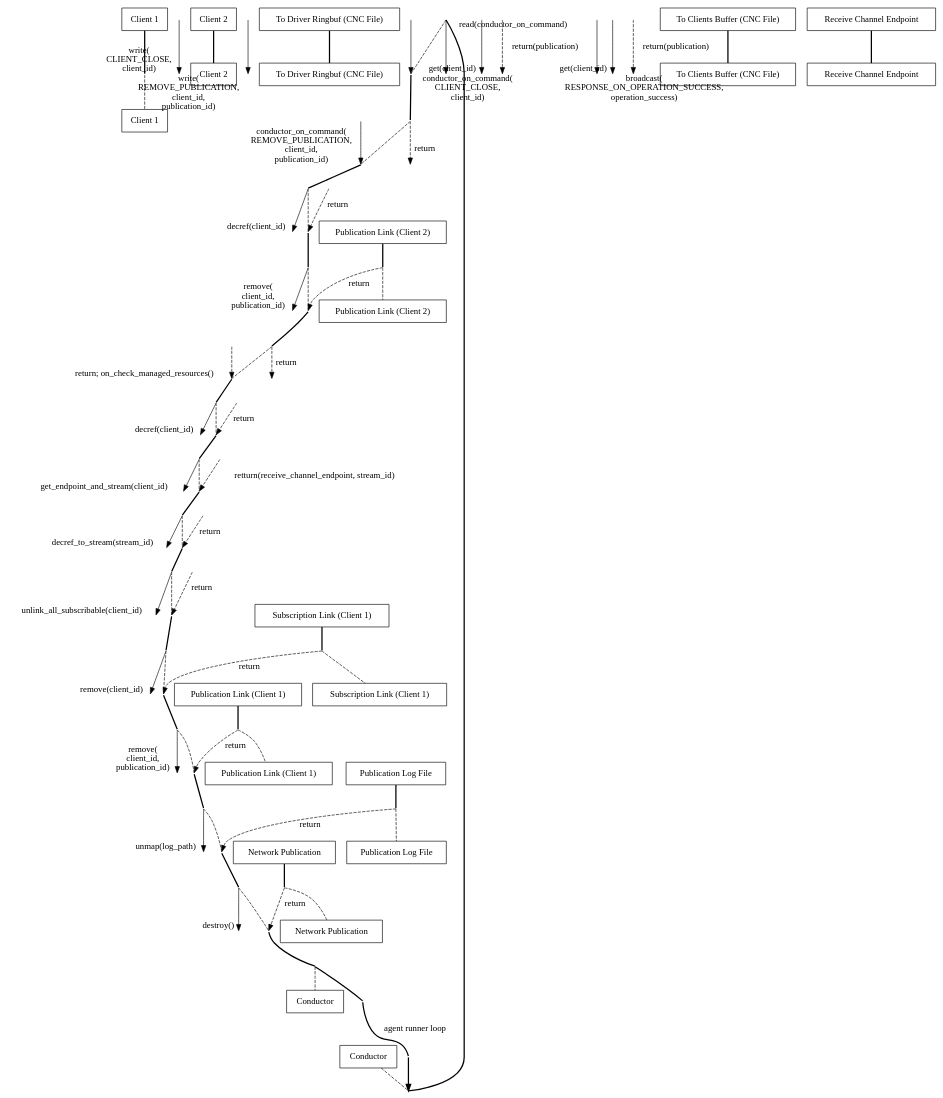
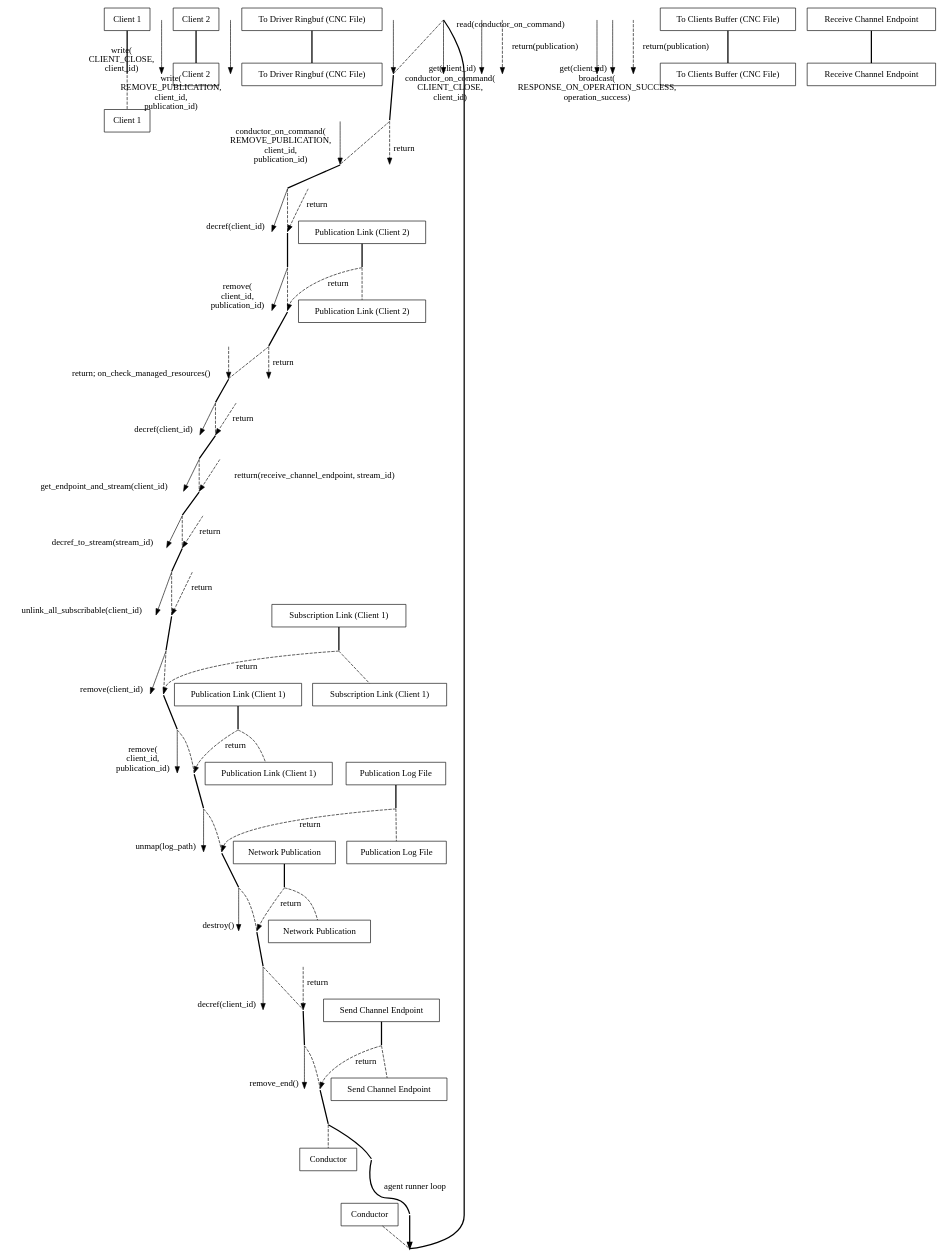
One commit to khklau/aeron-dpdk-driver changed the diagram in doc/remove_publication.dot. Above: the diagram before and after it, drawn with Graphviz.

Commit message:
adding send channel endpoint to the diagram

```diff
--- a/doc/remove_publication.dot
+++ b/doc/remove_publication.dot
@@ -4,10 +4,10 @@
   client1__head [ label="Client 1" pos="0,0!" shape="record" ];
   client1__write_close [ pos="0,-1!" shape="point" width="0" ]
   client1__destroy [ pos="0,-2!" shape="point" width="0" ]
-  client1__foot [ label="Client 1" pos="0,-35!" shape="record" ];
+  client1__foot [ label="Client 1" pos="0,-39!" shape="record" ];
   client2__head [ label="Client 2" pos="3,0!" shape="record" ];
   client2__write_remove [ pos="3,-2!" shape="point" width="0" ]
-  client2__foot [ label="Client 2" pos="3,-35!" shape="record" ];
+  client2__foot [ label="Client 2" pos="3,-39!" shape="record" ];
   to_driver_ringbuf__head [ label="To Driver Ringbuf (CNC File)" pos="6,0!" shape="record" ];
   on_driver_ringbuf__write_close [ pos="6,-1!" shape="point" width="0" ]
   on_driver_ringbuf__write_remove [ pos="6,-2!" shape="point" width="0" ]
@@ -17,7 +17,7 @@
   to_driver_ringbuf__on_cmd_remove [ pos="6,-6!" shape="point" width="0" ]
   to_driver_ringbuf__ret_on_cmd_remove [ pos="6,-14!" shape="point" width="0" ]
   to_driver_ringbuf__ret_read [ pos="6,-15!" shape="point" width="0" ]
-  to_driver_ringbuf__foot [ label="To Driver Ringbuf (CNC File)" pos="6,-35!" shape="record" ];
+  to_driver_ringbuf__foot [ label="To Driver Ringbuf (CNC File)" pos="6,-39!" shape="record" ];
   conductor__head [ label="Conductor" pos="9,0!" shape="record" ];
   conductor__loop_begin [ pos="9,-1!" shape="point" width="0" ];
   conductor__ret_loop_begin [ pos="9.5,-1!" shape="point" width="0" ];
@@ -52,24 +52,28 @@
   conductor__ret_unmap [ pos="9,-31!" shape="point" width="0" ]
   conductor__destroy [ pos="9,-32!" shape="point" width="0" ]
   conductor__ret_destroy [ pos="9,-33!" shape="point" width="0" ]
-  conductor__loop_end [ pos="9,-34!" shape="point" width="0" ];
-  conductor__ret_loop_end [ pos="9.5,-34!" shape="point" width="0" ];
-  conductor__foot [ label="Conductor" pos="9,-35!" shape="record" ];
+  conductor__decref_end [ pos="9,-34!" shape="point" width="0" ]
+  conductor__ret_decref_end [ pos="9,-35!" shape="point" width="0" ]
+  conductor__remove_end [ pos="9,-36!" shape="point" width="0" ]
+  conductor__ret_remove_end [ pos="9,-37!" shape="point" width="0" ]
+  conductor__loop_end [ pos="9,-38!" shape="point" width="0" ];
+  conductor__ret_loop_end [ pos="9.5,-38!" shape="point" width="0" ];
+  conductor__foot [ label="Conductor" pos="9,-39!" shape="record" ];
   to_clients_buffer__head [ label="To Clients Buffer (CNC File)" pos="12,0!" shape="record" ];
   to_clients_buffer__broadcast [ pos="12,-13!" shape="point" width="0" ]
-  to_clients_buffer__foot [ label="To Clients Buffer (CNC File)" pos="12,-35!" shape="record" ];
+  to_clients_buffer__foot [ label="To Clients Buffer (CNC File)" pos="12,-39!" shape="record" ];
   publication_link1__head [ label="Publication Link (Client 1)" pos="15,0!" shape="record" ];
   publication_link1__get1 [ pos="15,-16!" shape="point" width="0" ]
   publication_link1__ret_get1 [ pos="15,-17!" shape="point" width="0" ]
   publication_link1__remove_pl1 [ pos="15,-28!" shape="point" width="0" ]
   publication_link1__ret_remove_pl1 [ pos="15,-29!" shape="point" width="0" ]
-  publication_link1__foot [ label="Publication Link (Client 1)" pos="15,-35!" shape="record" ];
+  publication_link1__foot [ label="Publication Link (Client 1)" pos="15,-39!" shape="record" ];
   publication_link2__head [ label="Publication Link (Client 2)" pos="18,0!" shape="record" ];
   publication_link2__get2 [ pos="18,-7!" shape="point" width="0" ]
   publication_link2__ret_get2 [ pos="18,-8!" shape="point" width="0" ]
   publication_link2__remove_pl2 [ pos="18,-11!" shape="point" width="0" ]
   publication_link2__ret_remove_pl2 [ pos="18,-12!" shape="point" width="0" ]
-  publication_link2__foot [ label="Publication Link (Client 2)" pos="18,-35!" shape="record" ];
+  publication_link2__foot [ label="Publication Link (Client 2)" pos="18,-39!" shape="record" ];
   net_publication__head [ label="Network Publication" pos="21,0!" shape="record" ];
   net_publication__decref2 [ pos="21,-9!" shape="point" width="0" ]
   net_publication__ret_decref2 [ pos="21,-10!" shape="point" width="0" ]
@@ -77,23 +81,29 @@
   net_publication__ret_decref1 [ pos="21,-19!" shape="point" width="0" ]
   net_publication__destroy [ pos="21,-32!" shape="point" width="0" ]
   net_publication__ret_destroy [ pos="21,-33!" shape="point" width="0" ]
-  net_publication__foot [ label="Network Publication" pos="21,-35!" shape="record" ];
+  net_publication__foot [ label="Network Publication" pos="21,-39!" shape="record" ];
   publication_log__head [ label="Publication Log File" pos="24,0!" shape="record" ];
   publication_log__unmap [ pos="24,-30!" shape="point" width="0" ]
   publication_log__ret_unmap [ pos="24,-31!" shape="point" width="0" ]
-  publication_log__foot [ label="Publication Log File" pos="24,-35!" shape="record" ];
-  subscription_link__head [ label="Subscription Link (Client 1)" pos="27,0!" shape="record" ];
-  subscription_link__get_end [ pos="27,-20!" shape="point" width="0" ]
-  subscription_link__ret_get_end [ pos="27,-21!" shape="point" width="0" ]
-  subscription_link__unlink [ pos="27,-24!" shape="point" width="0" ]
-  subscription_link__ret_unlink [ pos="27,-25!" shape="point" width="0" ]
-  subscription_link__remove_sl [ pos="27,-26!" shape="point" width="0" ]
-  subscription_link__ret_remove_sl [ pos="27,-27!" shape="point" width="0" ]
-  subscription_link__foot [ label="Subscription Link (Client 1)" pos="27,-35!" shape="record" ];
-  receive_channel_end__head [ label="Receive Channel Endpoint" pos="30,0!" shape="record" ];
-  receive_channel_end__stream_decref [ pos="30,-22!" shape="point" width="0" ]
-  receive_channel_end__ret_stream_decref [ pos="30,-23!" shape="point" width="0" ]
-  receive_channel_end__foot [ label="Receive Channel Endpoint" pos="30,-35!" shape="record" ];
+  publication_log__foot [ label="Publication Log File" pos="24,-39!" shape="record" ];
+  send_channel_endpoint__head [ label="Send Channel Endpoint" pos="27,0!" shape="record" ];
+  send_channel_endpoint__decref_end [ pos="27,-34!" shape="point" width="0" ]
+  send_channel_endpoint__ret_decref_end [ pos="27,-35!" shape="point" width="0" ]
+  send_channel_endpoint__remove_end [ pos="27,-36!" shape="point" width="0" ]
+  send_channel_endpoint__ret_remove_end [ pos="27,-37!" shape="point" width="0" ]
+  send_channel_endpoint__foot [ label="Send Channel Endpoint" pos="27,-39!" shape="record" ];
+  subscription_link__head [ label="Subscription Link (Client 1)" pos="30,0!" shape="record" ];
+  subscription_link__get_end [ pos="30,-20!" shape="point" width="0" ]
+  subscription_link__ret_get_end [ pos="30,-21!" shape="point" width="0" ]
+  subscription_link__unlink [ pos="30,-24!" shape="point" width="0" ]
+  subscription_link__ret_unlink [ pos="30,-25!" shape="point" width="0" ]
+  subscription_link__remove_sl [ pos="30,-26!" shape="point" width="0" ]
+  subscription_link__ret_remove_sl [ pos="30,-27!" shape="point" width="0" ]
+  subscription_link__foot [ label="Subscription Link (Client 1)" pos="30,-39!" shape="record" ];
+  receive_channel_end__head [ label="Receive Channel Endpoint" pos="33,0!" shape="record" ];
+  receive_channel_end__stream_decref [ pos="33,-22!" shape="point" width="0" ]
+  receive_channel_end__ret_stream_decref [ pos="33,-23!" shape="point" width="0" ]
+  receive_channel_end__foot [ label="Receive Channel Endpoint" pos="33,-39!" shape="record" ];
 
   client1__head -> client1__destroy [ dir="none" style="bold" ]
   client1__destroy -> client1__foot [ dir="none" style="dashed" ]
@@ -126,7 +136,11 @@
   conductor__unmap -> conductor__ret_unmap [ dir="none" style="dashed" ]
   conductor__ret_unmap -> conductor__destroy [ dir="none" style="bold" ]
   conductor__destroy -> conductor__ret_destroy [ dir="none" style="dashed" ]
-  conductor__ret_destroy -> conductor__loop_end [ dir="none" style="bold" ]
+  conductor__ret_destroy -> conductor__decref_end [ dir="none" style="bold" ]
+  conductor__decref_end -> conductor__ret_decref_end [ dir="none" style="dashed" ]
+  conductor__ret_decref_end -> conductor__remove_end [ dir="none" style="bold" ]
+  conductor__remove_end -> conductor__ret_remove_end [ dir="none" style="dashed" ]
+  conductor__ret_remove_end -> conductor__loop_end [ dir="none" style="bold" ]
   conductor__loop_end -> conductor__foot [ dir="none" style="dashed" ]
   to_clients_buffer__head -> to_clients_buffer__foot [ dir="none" style="bold" ]
   publication_link1__head -> publication_link1__ret_remove_pl1 [ dir="none" style="bold" ]
@@ -135,6 +149,8 @@
   publication_link2__ret_remove_pl2 -> publication_link2__foot [ dir="none" style="dashed" ]
   net_publication__head -> net_publication__ret_destroy [ dir="none" style="bold" ]
   net_publication__ret_destroy -> net_publication__foot [ dir="none" style="dashed" ]
+  send_channel_endpoint__head -> send_channel_endpoint__ret_remove_end [ dir="none" style="bold" ]
+  send_channel_endpoint__ret_remove_end -> send_channel_endpoint__foot [ dir="none" style="dashed" ]
   subscription_link__head -> subscription_link__ret_remove_sl [ dir="none" style="bold" ]
   subscription_link__ret_remove_sl -> subscription_link__foot [ dir="none" style="dashed" ]
   receive_channel_end__head -> receive_channel_end__foot [ dir="none" style="bold" ]
@@ -175,6 +191,10 @@
   publication_log__ret_unmap -> conductor__ret_unmap [ label="return" style="dashed" ]
   conductor__destroy -> net_publication__destroy [ headlabel="destroy()" style="solid" ]
   net_publication__ret_destroy -> conductor__ret_destroy [ label="return" style="dashed" ]
+  conductor__decref_end -> send_channel_endpoint__decref_end [ headlabel="decref(client_id)" style="solid" ]
+  send_channel_endpoint__ret_decref_end -> conductor__ret_decref_end  [ label="return" style="dashed" ]
+  conductor__remove_end -> send_channel_endpoint__remove_end [ headlabel="remove_end()" style="solid" ]
+  send_channel_endpoint__ret_remove_end -> conductor__ret_remove_end [ label="return" style="dashed" ]
   conductor__ret_loop_end -> conductor__ret_loop_begin [ label="agent runner loop" dir="none" style="bold" ]
   conductor__ret_loop_begin -> conductor__loop_begin [ style="bold" ]
 }
```
